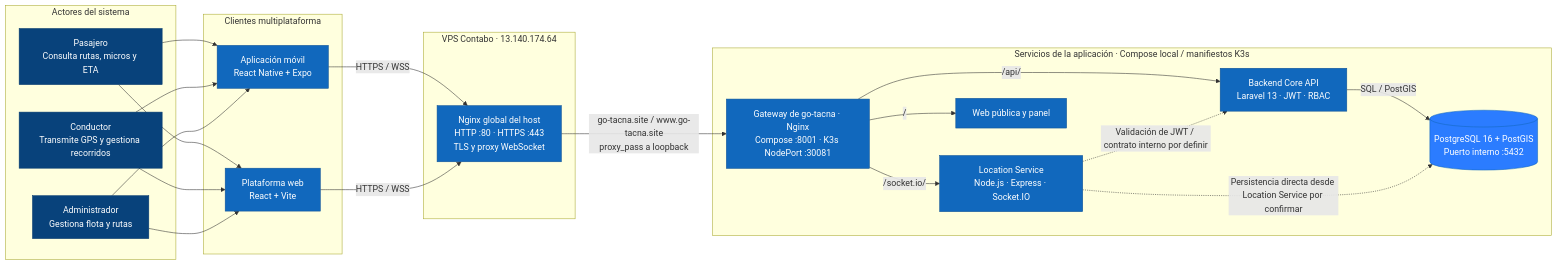
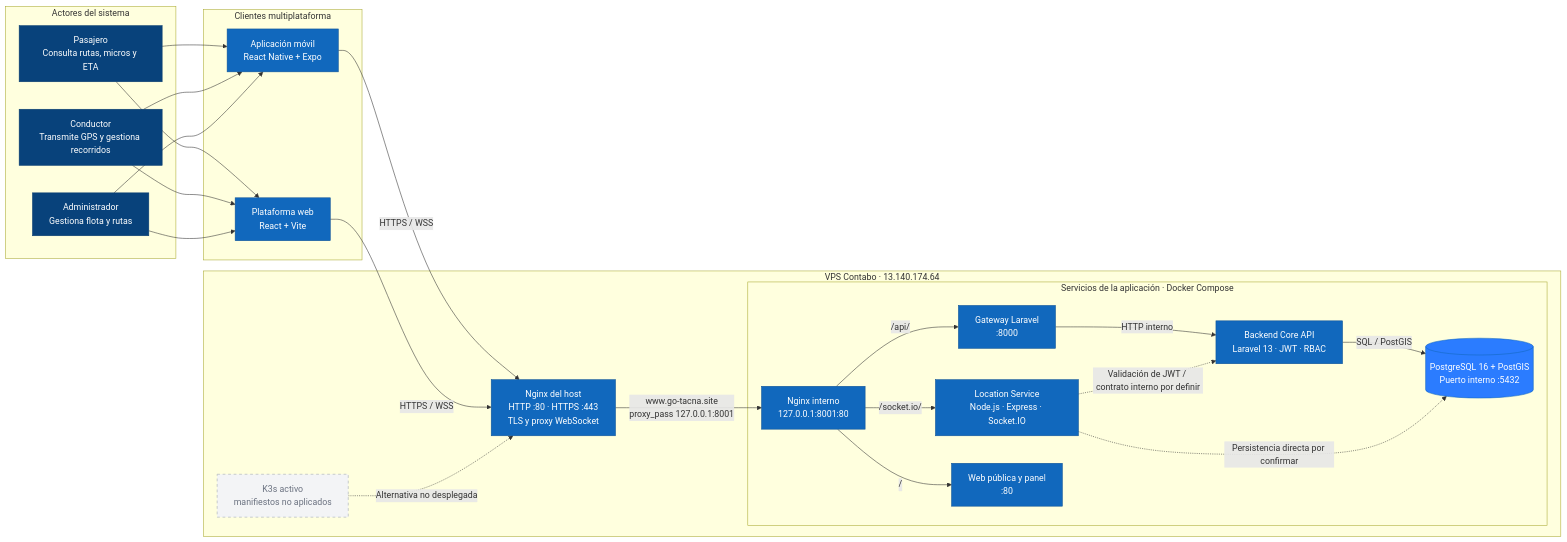
Before and after one commit to tuChaski/go-tacna-docs: the diagram in CONTEXTO_PROYECTO_GO_TACNA.md, drawn with Mermaid. The commit also changed other lines of this file and 17 other files, not shown here.

````diff
--- a/CONTEXTO_PROYECTO_GO_TACNA.md
+++ b/CONTEXTO_PROYECTO_GO_TACNA.md
@@ -112,53 +122,59 @@
 ```mermaid
 graph LR
     subgraph Actores["Actores del sistema"]
         pasajero["Pasajero<br/>Consulta rutas, micros y ETA"]
         conductor["Conductor<br/>Transmite GPS y gestiona recorridos"]
         admin["Administrador<br/>Gestiona flota y rutas"]
     end
 
     subgraph Clientes["Clientes multiplataforma"]
         movil["Aplicación móvil<br/>React Native + Expo"]
         web["Plataforma web<br/>React + Vite"]
     end
 
     subgraph VPS["VPS Contabo · 13.140.174.64"]
-        hostNginx["Nginx global del host<br/>HTTP :80 · HTTPS :443<br/>TLS y proxy WebSocket"]
-    end
+        hostNginx["Nginx del host<br/>HTTP :80 · HTTPS :443<br/>TLS y proxy WebSocket"]
+        k3s["K3s activo<br/>manifiestos no aplicados"]
 
-    subgraph Servicios["Servicios de la aplicación · Compose local / manifiestos K3s"]
-        appGateway["Gateway de go-tacna · Nginx<br/>Compose :8001 · K3s NodePort :30081"]
-        backend["Backend Core API<br/>Laravel 13 · JWT · RBAC"]
-        realtime["Location Service<br/>Node.js · Express · Socket.IO"]
-        frontend["Web pública y panel"]
-        db[("PostgreSQL 16 + PostGIS<br/>Puerto interno :5432")]
+        subgraph Servicios["Servicios de la aplicación · Docker Compose"]
+            ingress["Nginx interno<br/>127.0.0.1:8001:80"]
+            gateway["Gateway Laravel<br/>:8000"]
+            backend["Backend Core API<br/>Laravel 13 · JWT · RBAC"]
+            realtime["Location Service<br/>Node.js · Express · Socket.IO"]
+            frontend["Web pública y panel<br/>:80"]
+            db[("PostgreSQL 16 + PostGIS<br/>Puerto interno :5432")]
+        end
     end
 
     pasajero --> movil
     pasajero --> web
     conductor --> movil
     conductor --> web
     admin --> movil
     admin --> web
 
     movil -->|"HTTPS / WSS"| hostNginx
     web -->|"HTTPS / WSS"| hostNginx
-    hostNginx -->|"go-tacna.site / www.go-tacna.site<br/>proxy_pass a loopback"| appGateway
+    hostNginx -->|"www.go-tacna.site<br/>proxy_pass 127.0.0.1:8001"| ingress
 
-    appGateway -->|"/"| frontend
-    appGateway -->|"/api/"| backend
-    appGateway -->|"/socket.io/"| realtime
+    ingress -->|"/"| frontend
+    ingress -->|"/api/"| gateway
+    ingress -->|"/socket.io/"| realtime
+    gateway -->|"HTTP interno"| backend
 
     backend -->|"SQL / PostGIS"| db
-    realtime -.->|"Persistencia directa desde Location Service por confirmar"| db
+    realtime -.->|"Persistencia directa por confirmar"| db
     realtime -.->|"Validación de JWT / contrato interno por definir"| backend
+    k3s -.->|"Alternativa no desplegada"| hostNginx
 
     classDef actor fill:#08427b,stroke:#073b6f,color:#fff
     classDef client fill:#1168bd,stroke:#0e5296,color:#fff
     classDef service fill:#1168bd,stroke:#0e5296,color:#fff
     classDef database fill:#2b7cff,stroke:#1168bd,color:#fff
+    classDef inactive fill:#f3f4f6,stroke:#9ca3af,color:#6b7280,stroke-dasharray: 5 5
     class pasajero,conductor,admin actor
     class movil,web client
-    class hostNginx,appGateway,backend,realtime,frontend service
+    class hostNginx,ingress,gateway,backend,realtime,frontend service
     class db database
+    class k3s inactive
 ```
````
